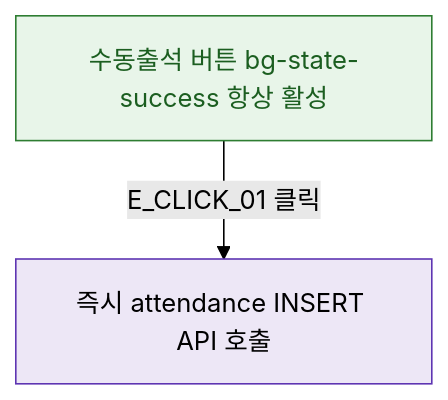
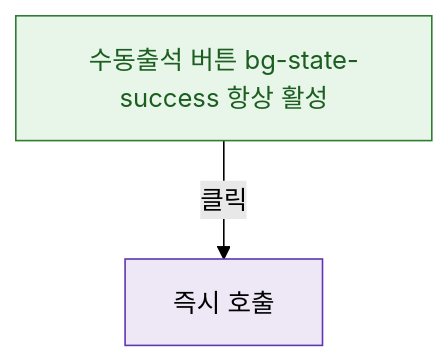
The diagram in docs/다이어그램/D02_회원관리/DLG/DLG-M022_수동출석/M2_필드검증.md (dev-spogym/admin-pando), drawn with Mermaid (forest theme) before and after one commit. The commit also changed other lines of this file and 1660 other files, not shown here.

First line of the commit message:
다이어그램: 기획자/클라이언트 납품본으로 정리

````diff
--- a/docs/다이어그램/D02_회원관리/DLG/DLG-M022_수동출석/M2_필드검증.md
+++ b/docs/다이어그램/D02_회원관리/DLG/DLG-M022_수동출석/M2_필드검증.md
@@ -22,12 +20,12 @@
 ```mermaid
 flowchart TD
   BTN[수동출석 버튼 bg-state-success 항상 활성]
 
-  BTN -->|E_CLICK_01 클릭| API[즉시 attendance INSERT API 호출]
+  BTN -->|클릭|API[즉시 호출]
 
   classDef success fill:#E8F5E9,stroke:#2E7D32,color:#1B5E20
-  classDef system  fill:#EDE7F6,stroke:#5E35B2
+  classDef system fill:#EDE7F6,stroke:#5E35B2
 
   class BTN success
   class API system
 ```
````
